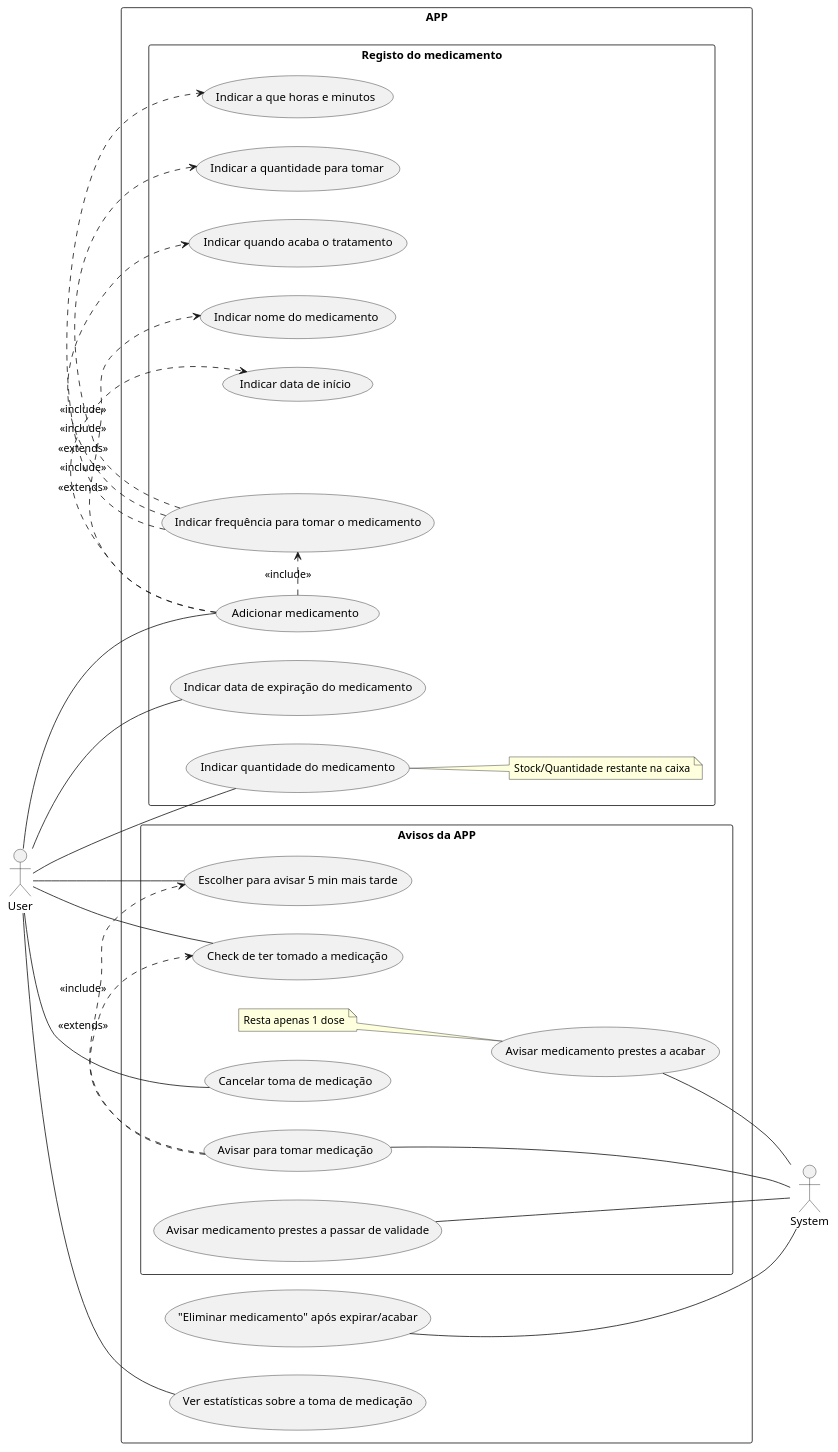
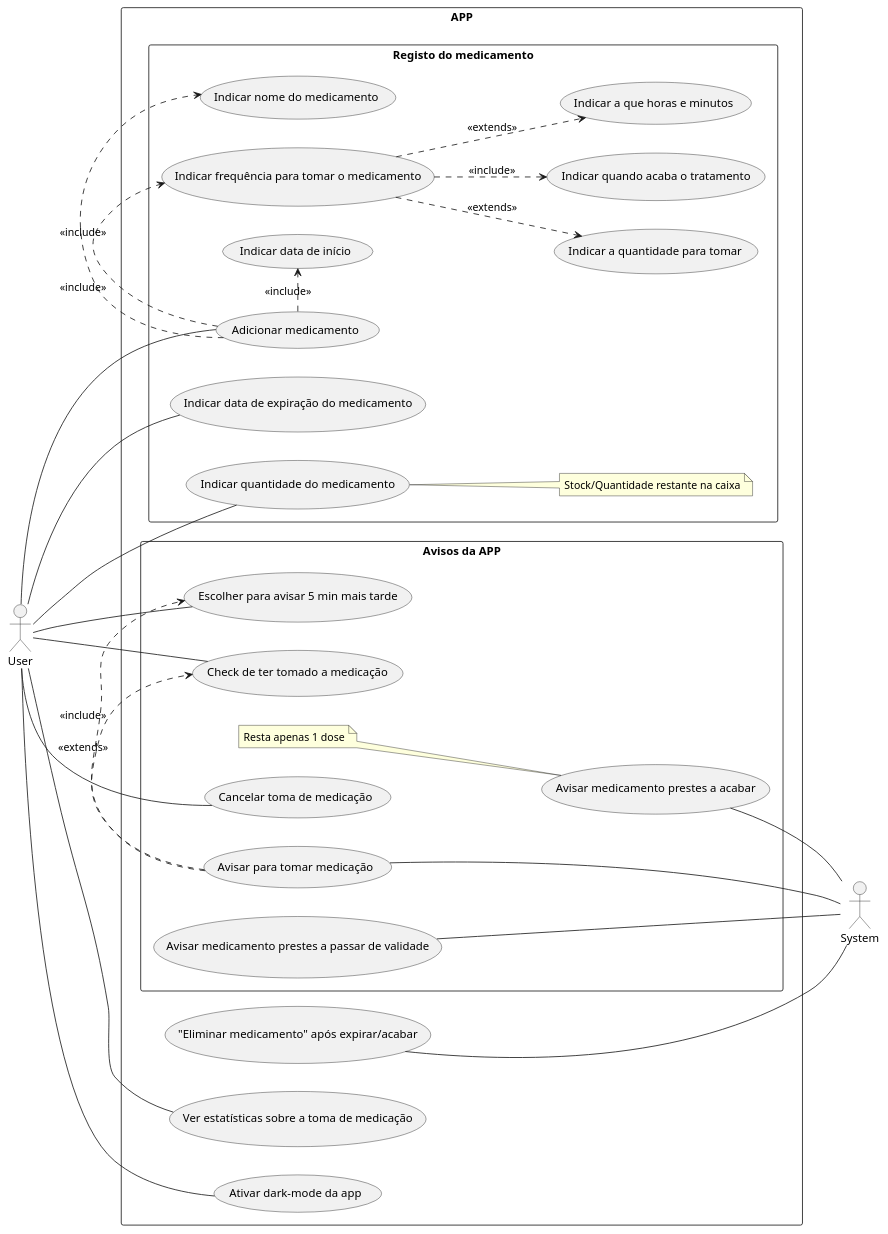
Before and after one commit to YZ1GO/L.EIC017_ES_PRJ: the diagram in usecase.wsd, drawn with PlantUML. The commit also changed 2 other files, not shown here.

Commit message:
added minor things in usecase diagram and reformulated user stories

```diff
--- a/usecase.wsd
+++ b/usecase.wsd
@@ -1,39 +1,39 @@
 @startuml
 
 left to right direction
 
 actor User
 actor System
 rectangle "APP" {
     rectangle "Registo do medicamento" {
         User -- (Adicionar medicamento)
         (Adicionar medicamento) .> (Indicar nome do medicamento) : <<include>>
         (Adicionar medicamento) .> (Indicar frequência para tomar o medicamento) : <<include>>
-        (Indicar frequência para tomar o medicamento) .> (Indicar a que horas e minutos) : <<extends>>
-        (Indicar frequência para tomar o medicamento) .> (Indicar a quantidade para tomar) : <<extends>>
-        (Indicar frequência para tomar o medicamento) .> (Indicar quando acaba o tratamento) : <<include>>
+        (Indicar frequência para tomar o medicamento) ..> (Indicar a que horas e minutos) : <<extends>>
+        (Indicar frequência para tomar o medicamento) ..> (Indicar a quantidade para tomar) : <<extends>>
+        (Indicar frequência para tomar o medicamento) ..> (Indicar quando acaba o tratamento) : <<include>>
         (Adicionar medicamento) .> (Indicar data de início) : <<include>>
         User -- (Indicar data de expiração do medicamento)
         User -- (Indicar quantidade do medicamento)
         note right of (Indicar quantidade do medicamento): Stock/Quantidade restante na caixa
     }
 
     rectangle "Avisos da APP" {
         (Avisar para tomar medicação) -- System
         User -- (Escolher para avisar 5 min mais tarde)
         (Avisar para tomar medicação) .> (Escolher para avisar 5 min mais tarde) : <<include>>
         User -- (Check de ter tomado a medicação)
         (Avisar para tomar medicação) .> (Check de ter tomado a medicação) : <<extends>>
         User -- (Cancelar toma de medicação)
         (Avisar medicamento prestes a passar de validade) -- System
         (Avisar medicamento prestes a acabar) -- System
         note left of (Avisar medicamento prestes a acabar) : Resta apenas 1 dose
     }
     
     ("Eliminar medicamento" após expirar/acabar) -- System
 
     User -- (Ver estatísticas sobre a toma de medicação)
-
+    User -- (Ativar dark-mode da app)
 }
 
 @enduml
```
